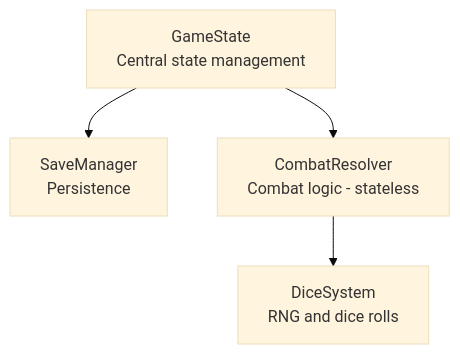
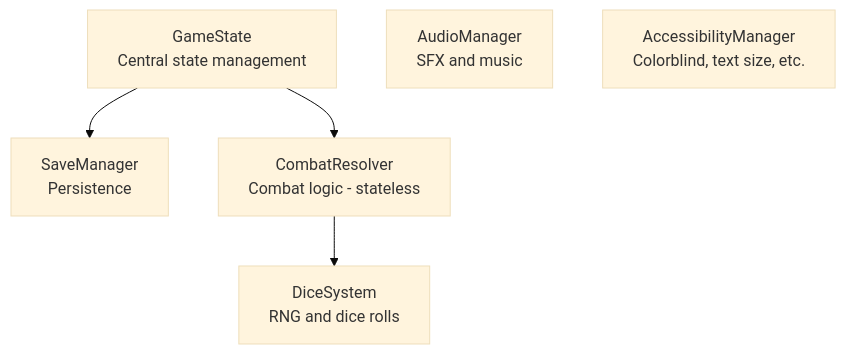
One commit to blamechris/exodus-loop-docs changed the first of 3 diagrams in content/developer-guide/architecture.md. Above: the diagram before and after it, drawn with Mermaid (base theme). The commit also changed other lines of this file and 9 other files, not shown here.

````diff
--- a/content/developer-guide/architecture.md
+++ b/content/developer-guide/architecture.md
@@ -11,11 +11,13 @@
 ```mermaid
 graph TD
     GameState[GameState<br/>Central state management]
     SaveManager[SaveManager<br/>Persistence]
     CombatResolver[CombatResolver<br/>Combat logic - stateless]
     DiceSystem[DiceSystem<br/>RNG and dice rolls]
+    AudioManager[AudioManager<br/>SFX and music]
+    AccessibilityManager[AccessibilityManager<br/>Colorblind, text size, etc.]
 
     GameState --> SaveManager
     GameState --> CombatResolver
     CombatResolver --> DiceSystem
 ```
````
